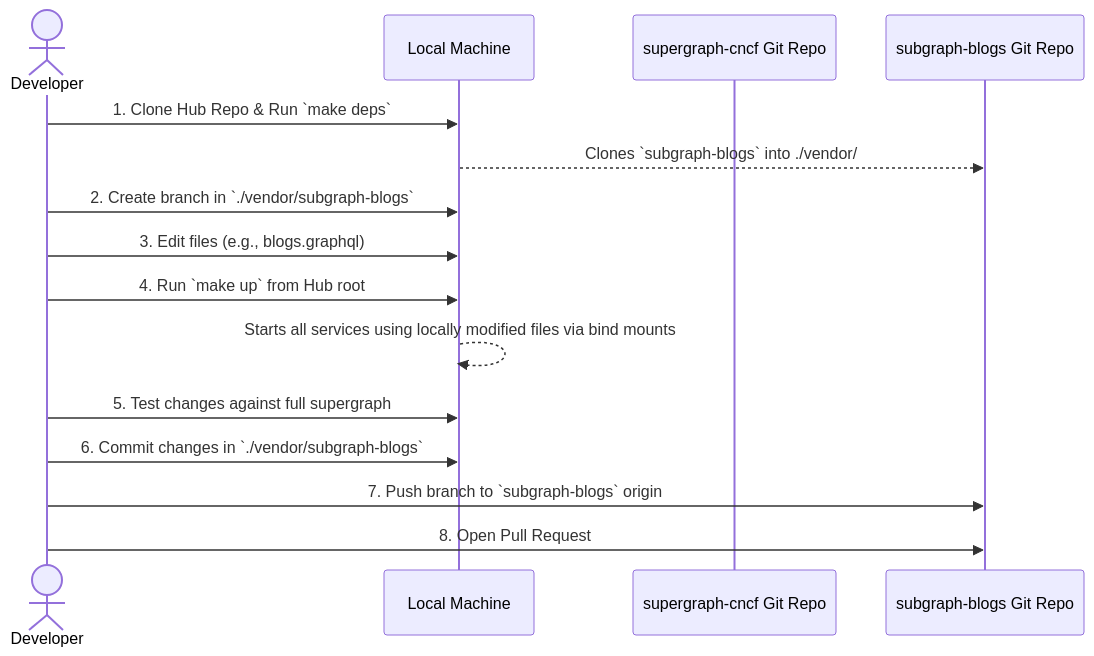
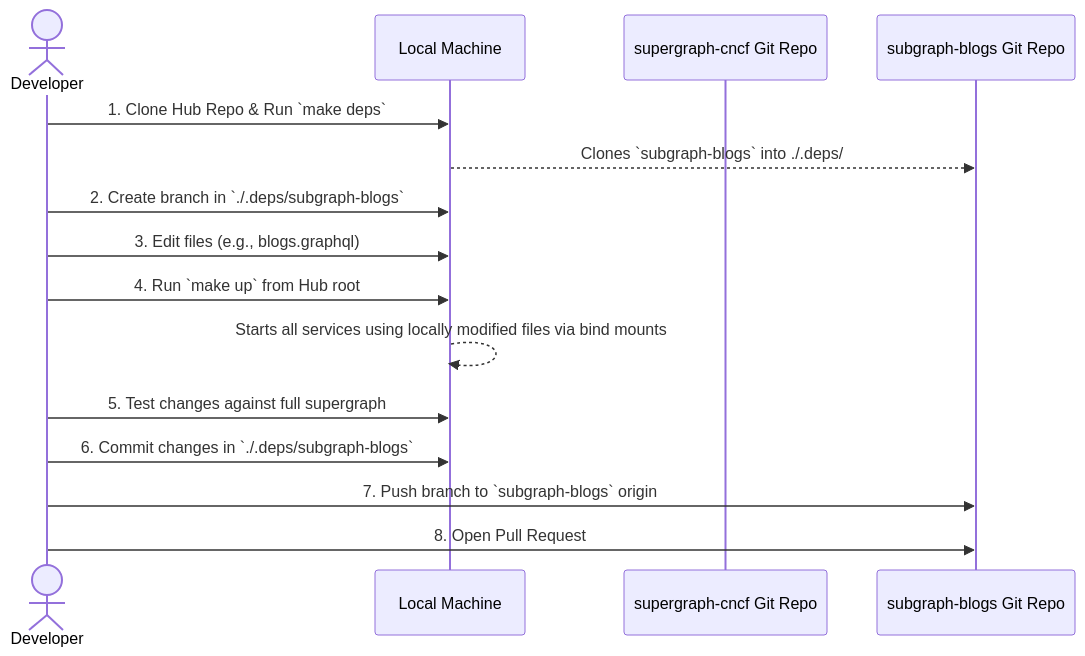
Before and after one commit to graphtastic/platform: the sixth of 8 diagrams in docs/design/tome--graphtastic-platform-docker.md, drawn with Mermaid. The commit also changed other lines of this file, not shown here.

Commit message:
docs: tome--graphtastic-platform-docker.md, v8.3

````diff
--- a/docs/design/tome--graphtastic-platform-docker.md
+++ b/docs/design/tome--graphtastic-platform-docker.md
@@ -322,21 +363,21 @@
 ```mermaid
 sequenceDiagram
     actor Dev as Developer
     participant Local as Local Machine
     participant HubRepo as supergraph-cncf Git Repo
     participant SpokeRepo as subgraph-blogs Git Repo
 
     Dev->>Local: 1. Clone Hub Repo & Run `make deps`
-    Local-->>SpokeRepo: Clones `subgraph-blogs` into ./vendor/
+    Local-->>SpokeRepo: Clones `subgraph-blogs` into ./.deps/
     
-    Dev->>Local: 2. Create branch in `./vendor/subgraph-blogs`
+    Dev->>Local: 2. Create branch in `./.deps/subgraph-blogs`
     Dev->>Local: 3. Edit files (e.g., blogs.graphql)
     
     Dev->>Local: 4. Run `make up` from Hub root
     Local-->>Local: Starts all services using locally modified files via bind mounts
     Dev->>Local: 5. Test changes against full supergraph
     
-    Dev->>Local: 6. Commit changes in `./vendor/subgraph-blogs`
+    Dev->>Local: 6. Commit changes in `./.deps/subgraph-blogs`
     Dev->>SpokeRepo: 7. Push branch to `subgraph-blogs` origin
     Dev->>SpokeRepo: 8. Open Pull Request
 ```
````
